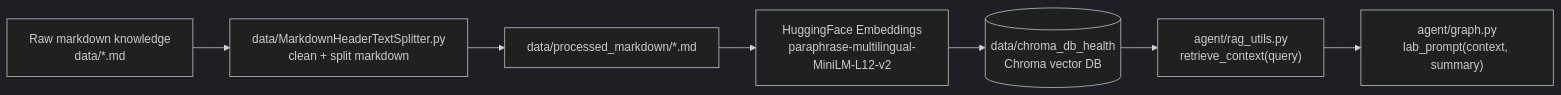
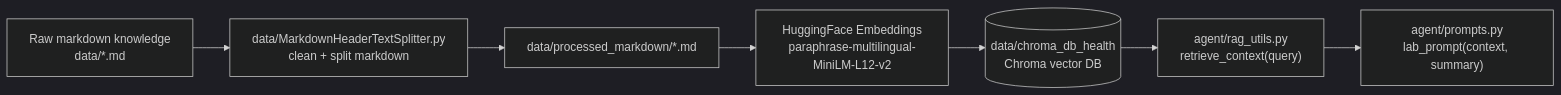
Before and after one commit to HealthChatbot-Chula/health-chatbot-ai: the fifth of 6 diagrams in README.md, drawn with Mermaid (dark theme). The commit also changed other lines of this file and 26 other files, not shown here.

````diff
--- a/README.md
+++ b/README.md
@@ -252,9 +280,9 @@
 ```mermaid
 flowchart LR
     raw["Raw markdown knowledge<br/>data/*.md"] --> preprocess["data/MarkdownHeaderTextSplitter.py<br/>clean + split markdown"]
     preprocess --> processed["data/processed_markdown/*.md"]
     processed --> embed["HuggingFace Embeddings<br/>paraphrase-multilingual-MiniLM-L12-v2"]
     embed --> chroma[("data/chroma_db_health<br/>Chroma vector DB")]
     chroma --> retrieve["agent/rag_utils.py<br/>retrieve_context(query)"]
-    retrieve --> prompt["agent/graph.py<br/>lab_prompt(context, summary)"]
+    retrieve --> prompt["agent/prompts.py<br/>lab_prompt(context, summary)"]
 ```
````
